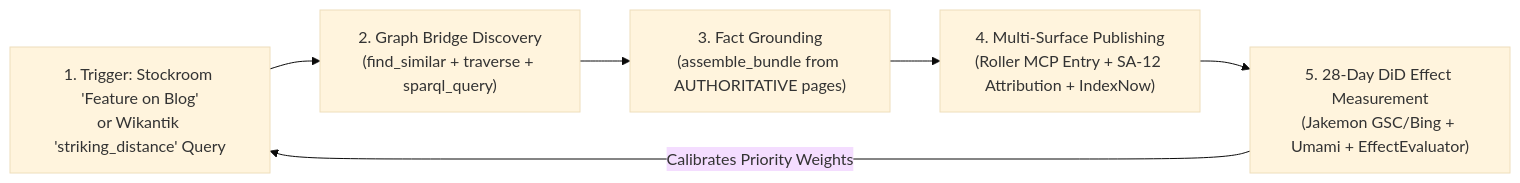
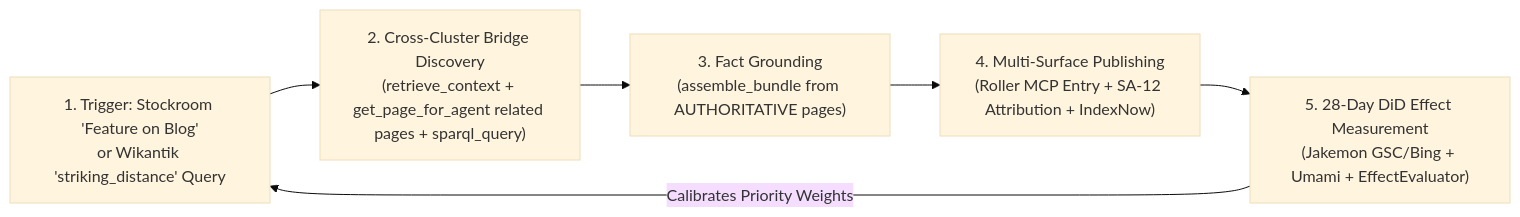
Before and after one commit to jakefearsd/wikantik: the third of 4 diagrams in docs/wikantik-pages/About.md, drawn with Mermaid (base theme). The commit also changed other lines of this file and 9 other files, not shown here.

````diff
--- a/docs/wikantik-pages/About.md
+++ b/docs/wikantik-pages/About.md
@@ -204,8 +202,8 @@
 ```mermaid
 flowchart LR
-    Trigger["1. Trigger: Stockroom 'Feature on Blog'<br/>or Wikantik 'striking_distance' Query"] --> Discover["2. Graph Bridge Discovery<br/>(find_similar + traverse + sparql_query)"]
+    Trigger["1. Trigger: Stockroom 'Feature on Blog'<br/>or Wikantik 'striking_distance' Query"] --> Discover["2. Cross-Cluster Bridge Discovery<br/>(retrieve_context + get_page_for_agent related pages + sparql_query)"]
     Discover --> Bundle["3. Fact Grounding<br/>(assemble_bundle from AUTHORITATIVE pages)"]
     Bundle --> Publish["4. Multi-Surface Publishing<br/>(Roller MCP Entry + SA-12 Attribution + IndexNow)"]
     Publish --> Measure["5. 28-Day DiD Effect Measurement<br/>(Jakemon GSC/Bing + Umami + EffectEvaluator)"]
     Measure -->|"Calibrates Priority Weights"| Trigger
 ```
````
